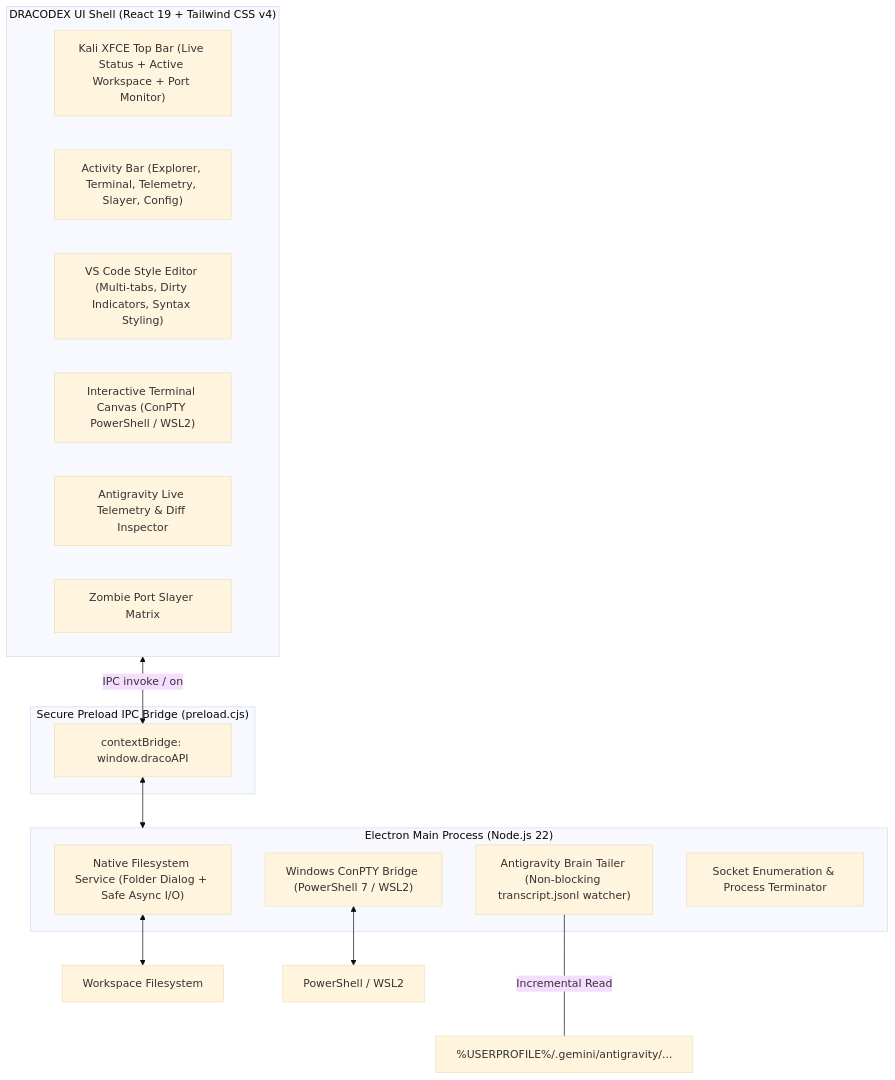
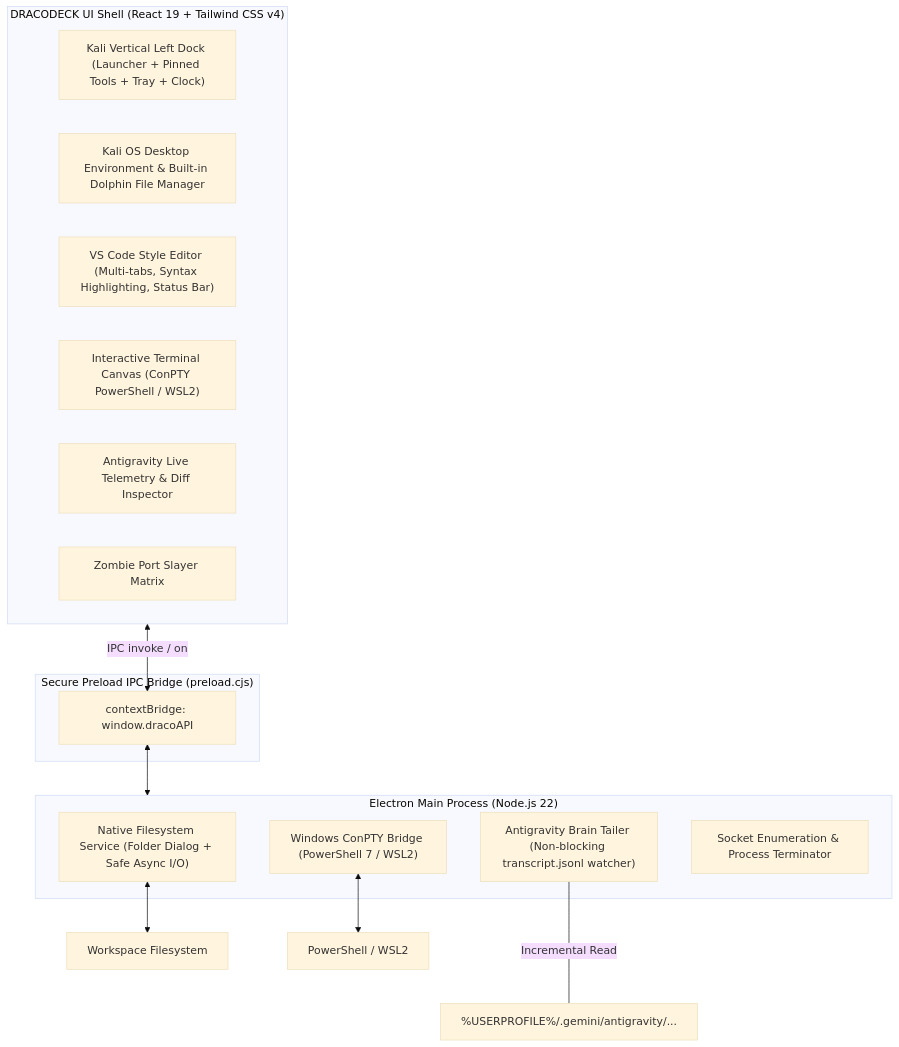
Before and after one commit to elrazaq/dracodeck: the diagram in README.md, drawn with Mermaid (base theme). The commit also changed other lines of this file and 3 other files, not shown here.

Commit message:
feat(m1.2): specify desktop syntax and scoping

````diff
--- a/README.md
+++ b/README.md
@@ -34,27 +34,27 @@
 ```mermaid
 flowchart TD
-    subgraph UI_Renderer ["DRACODEX UI Shell (React 19 + Tailwind CSS v4)"]
-        TopBar["Kali XFCE Top Bar (Live Status + Active Workspace + Port Monitor)"]
-        ActivityBar["Activity Bar (Explorer, Terminal, Telemetry, Slayer, Config)"]
-        EditorArea["VS Code Style Editor (Multi-tabs, Dirty Indicators, Syntax Styling)"]
+    subgraph UI_Renderer ["DRACODECK UI Shell (React 19 + Tailwind CSS v4)"]
+        LeftDock["Kali Vertical Left Dock (Launcher + Pinned Tools + Tray + Clock)"]
+        DesktopSpace["Kali OS Desktop Environment & Built-in Dolphin File Manager"]
+        EditorArea["VS Code Style Editor (Multi-tabs, Syntax Highlighting, Status Bar)"]
         TerminalPanel["Interactive Terminal Canvas (ConPTY PowerShell / WSL2)"]
         TelemetryPanel["Antigravity Live Telemetry & Diff Inspector"]
         PortMatrix["Zombie Port Slayer Matrix"]
     end
 
     subgraph Core_Bridge ["Secure Preload IPC Bridge (preload.cjs)"]
         ContextAPI["contextBridge: window.dracoAPI"]
     end
 
     subgraph Main_Engine ["Electron Main Process (Node.js 22)"]
         FsService["Native Filesystem Service (Folder Dialog + Safe Async I/O)"]
         PTYBridge["Windows ConPTY Bridge (PowerShell 7 / WSL2)"]
         LogTailer["Antigravity Brain Tailer (Non-blocking transcript.jsonl watcher)"]
         PortKiller["Socket Enumeration & Process Terminator"]
     end
 
     UI_Renderer <-->|IPC invoke / on| ContextAPI <--> Main_Engine
     FsService <--> LocalDisk["Workspace Filesystem"]
     PTYBridge <--> LocalShell["PowerShell / WSL2"]
     LogTailer <---|Incremental Read| BrainLogs["%USERPROFILE%/.gemini/antigravity/..."]
 ```
````
